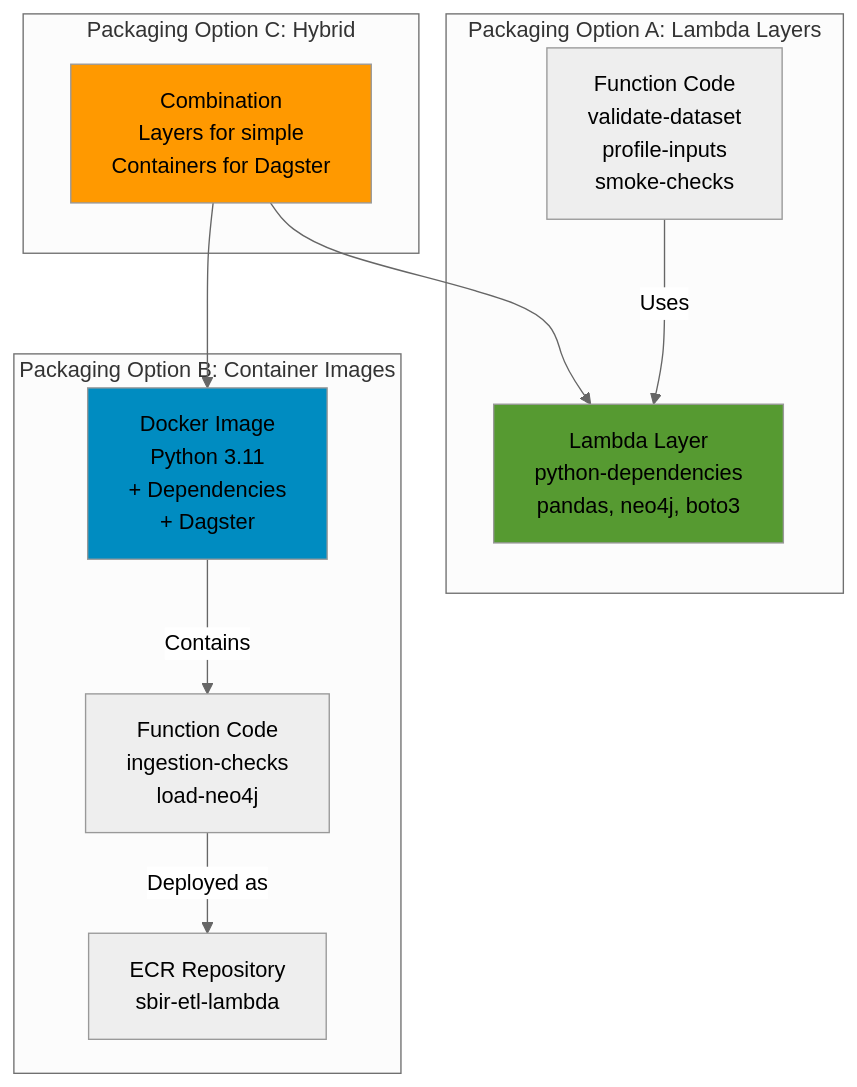
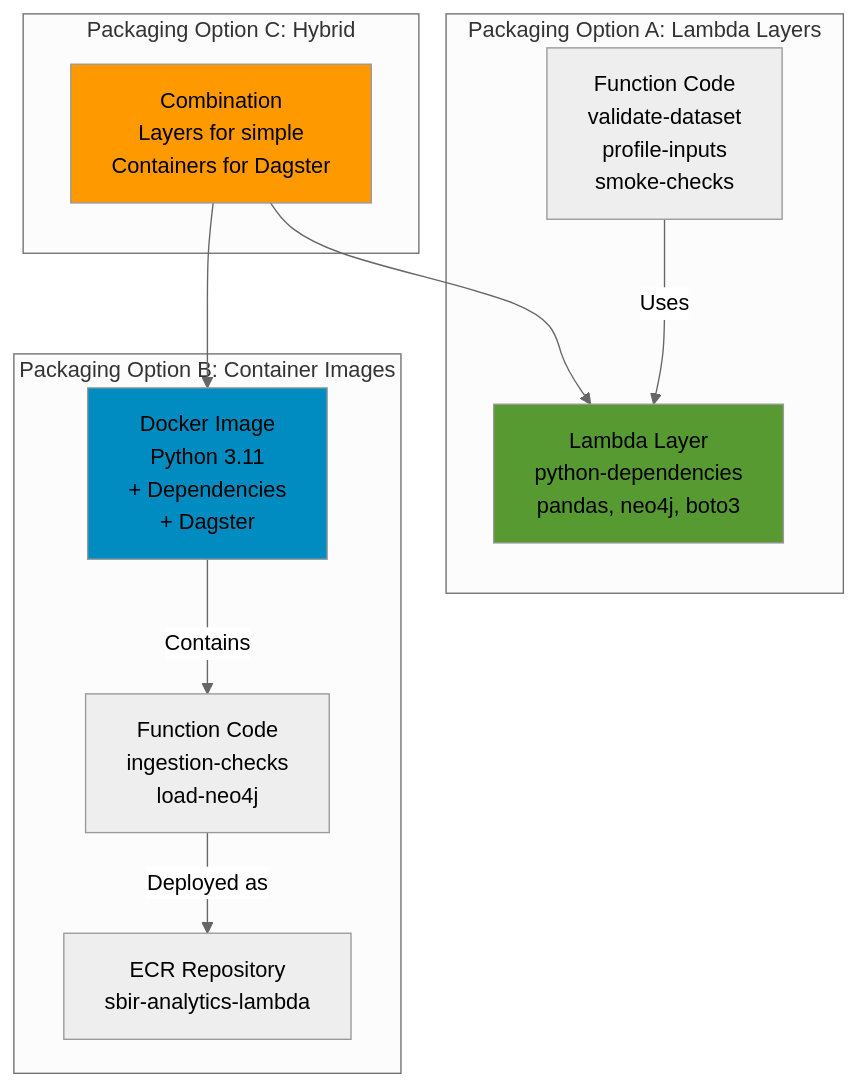
The fifth of 5 diagrams in docs/deployment/aws-architecture-diagrams.md (hollomancer/sbir-analytics), drawn with Mermaid (neutral theme) before and after one commit. The commit also changed other lines of this file and 20 other files, not shown here.

````diff
--- a/docs/deployment/aws-architecture-diagrams.md
+++ b/docs/deployment/aws-architecture-diagrams.md
@@ -247,26 +247,26 @@
 ```mermaid
 graph TB
     subgraph "Packaging Option A: Lambda Layers"
         LAYER[Lambda Layer<br/>python-dependencies<br/>pandas, neo4j, boto3]
         FUNC1[Function Code<br/>validate-dataset<br/>profile-inputs<br/>smoke-checks]
         FUNC1 -->|Uses| LAYER
     end
     
     subgraph "Packaging Option B: Container Images"
-        ECR[ECR Repository<br/>sbir-etl-lambda]
+        ECR[ECR Repository<br/>sbir-analytics-lambda]
         CONTAINER[Docker Image<br/>Python 3.11<br/>+ Dependencies<br/>+ Dagster]
         FUNC2[Function Code<br/>ingestion-checks<br/>load-neo4j]
         CONTAINER -->|Contains| FUNC2
         FUNC2 -->|Deployed as| ECR
     end
     
     subgraph "Packaging Option C: Hybrid"
         HYBRID[Combination<br/>Layers for simple<br/>Containers for Dagster]
         HYBRID --> LAYER
         HYBRID --> CONTAINER
     end
     
     style LAYER fill:#569a31
     style CONTAINER fill:#008cc1
     style HYBRID fill:#ff9900
 ```
````
